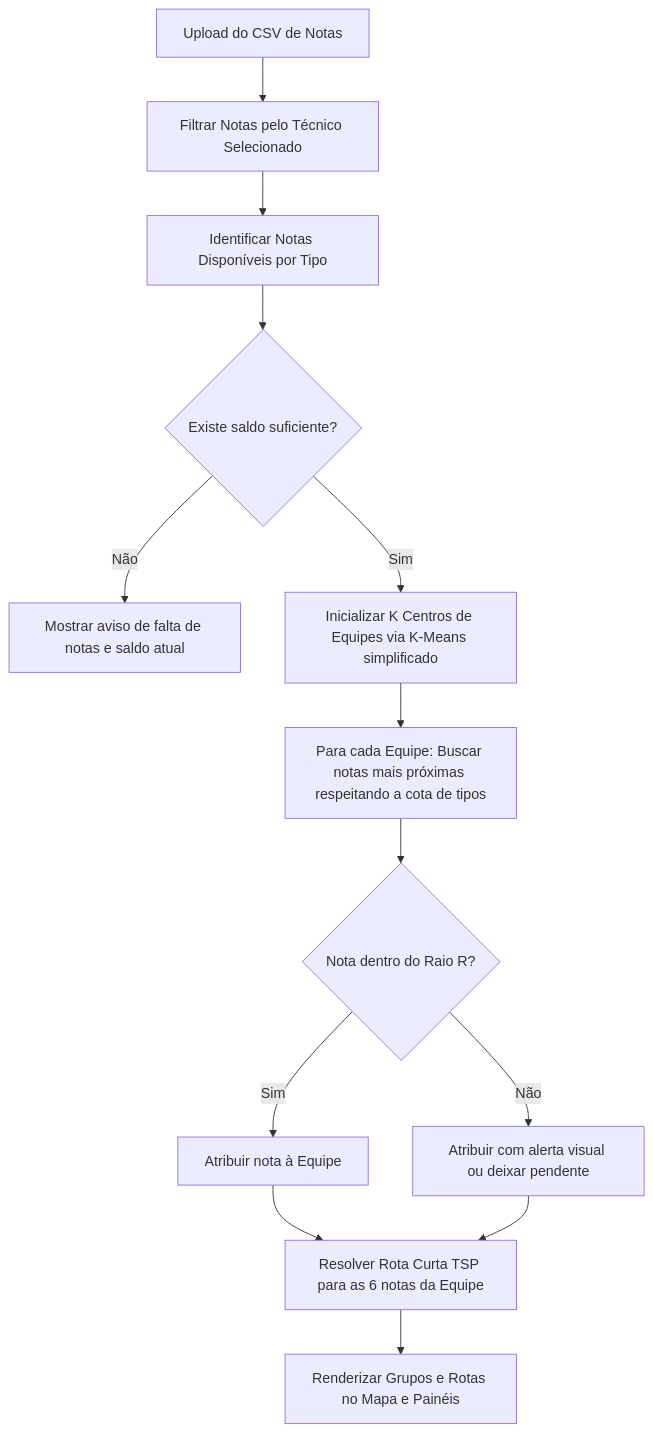
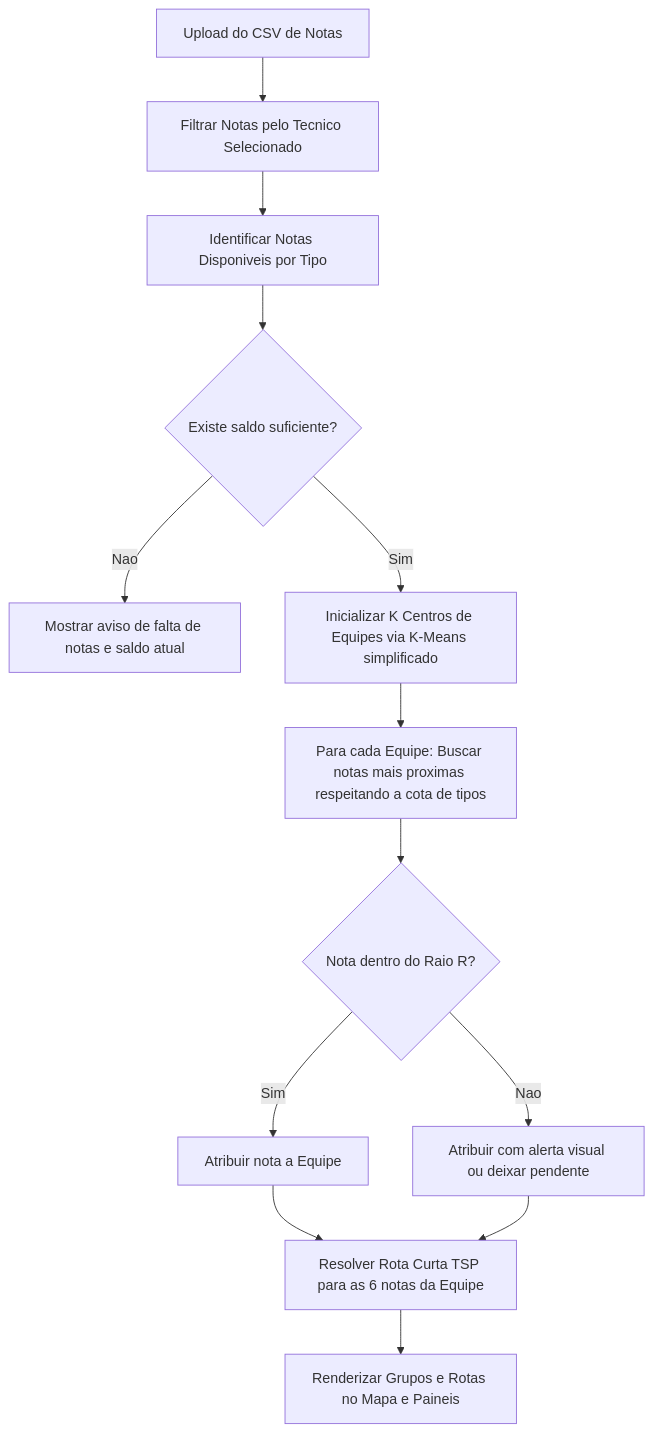
Before and after one commit to josepedrosa-dev/agrupador-notas: the diagram in implementation_plan.md, drawn with Mermaid. The commit also changed other lines of this file and 5 other files, not shown here.

````diff
--- a/implementation_plan.md
+++ b/implementation_plan.md
@@ -71,14 +71,14 @@
 ```mermaid
 graph TD
-    A[Upload do CSV de Notas] --> B[Filtrar Notas pelo Técnico Selecionado]
-    B --> C[Identificar Notas Disponíveis por Tipo]
+    A[Upload do CSV de Notas] --> B[Filtrar Notas pelo Tecnico Selecionado]
+    B --> C[Identificar Notas Disponiveis por Tipo]
     C --> D{Existe saldo suficiente?}
-    D -- Não --> E[Mostrar aviso de falta de notas e saldo atual]
+    D -- Nao --> E[Mostrar aviso de falta de notas e saldo atual]
     D -- Sim --> F[Inicializar K Centros de Equipes via K-Means simplificado]
-    F --> G[Para cada Equipe: Buscar notas mais próximas respeitando a cota de tipos]
+    F --> G[Para cada Equipe: Buscar notas mais proximas respeitando a cota de tipos]
     G --> H{Nota dentro do Raio R?}
-    H -- Sim --> I[Atribuir nota à Equipe]
-    H -- Não --> J[Atribuir com alerta visual ou deixar pendente]
+    H -- Sim --> I[Atribuir nota a Equipe]
+    H -- Nao --> J[Atribuir com alerta visual ou deixar pendente]
     I & J --> K[Resolver Rota Curta TSP para as 6 notas da Equipe]
-    K --> L[Renderizar Grupos e Rotas no Mapa e Painéis]
+    K --> L[Renderizar Grupos e Rotas no Mapa e Paineis]
 ```
````
